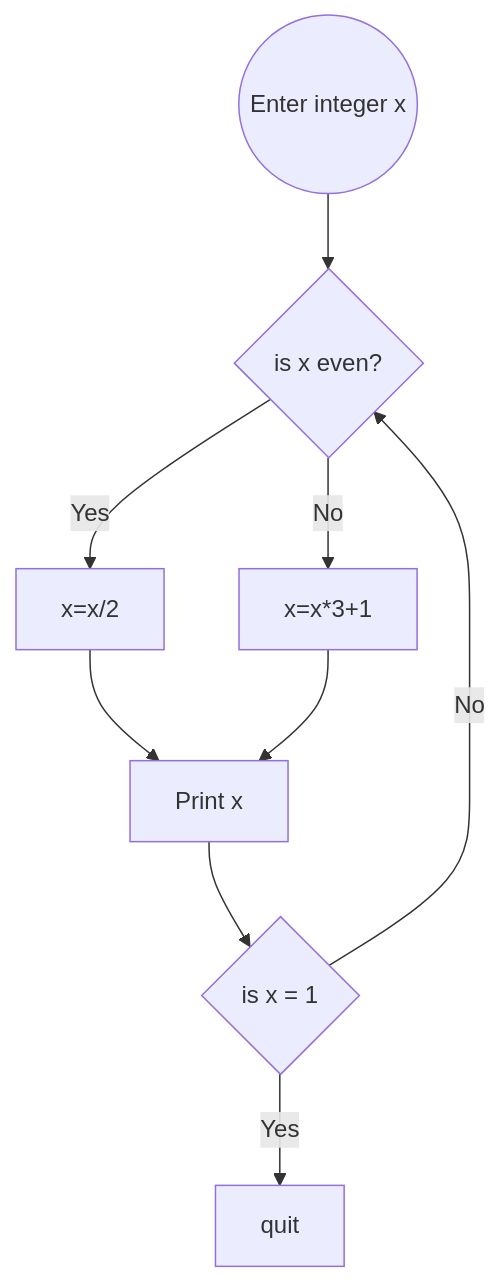
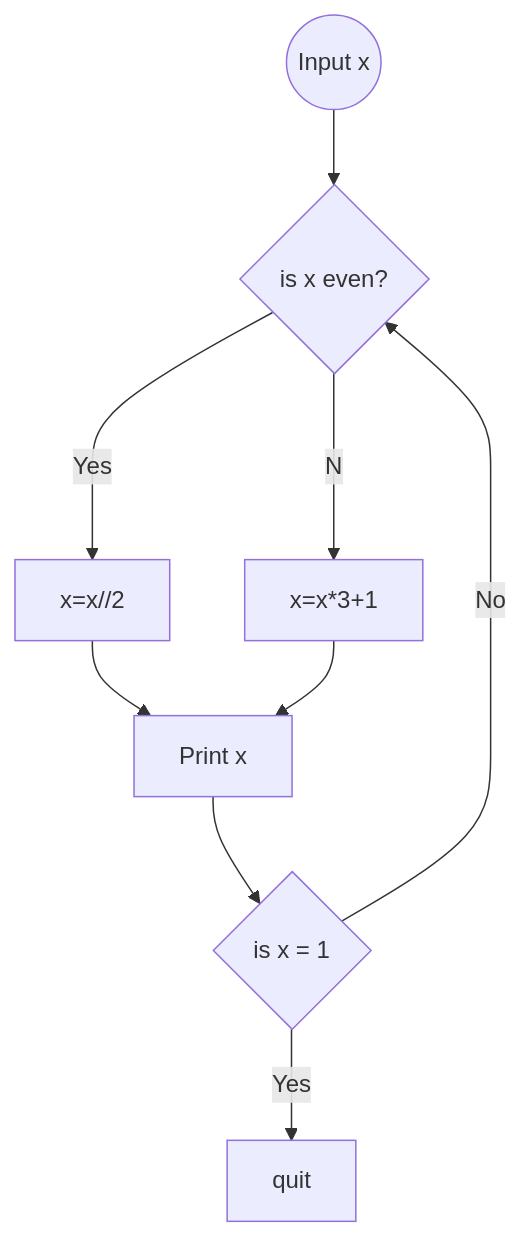
One commit to decvfox/pands-problem-sheet changed the diagram in README.md. Above: the diagram before and after it, drawn with Mermaid. The commit also changed other lines of this file and 1 other file, not shown here.

````diff
--- a/README.md
+++ b/README.md
@@ -75,11 +85,11 @@
 ```mermaid
 graph 
-A((Enter integer x))--> B{is x even?}
-B-- Yes --> D[x=x/2]
-B-- No -->E[x=x*3+1]
+A((Input x))-->B{is x even?}
+B--Yes-->D[x=x//2]
+B--No-->E[x=x*3+1]
 D-->F[Print x]
 E-->F
 F-->G{is x = 1}
 G-- No -->B
-G-- Yes -->H[quit]
+G--Yes-->H[quit]
 ```
````
